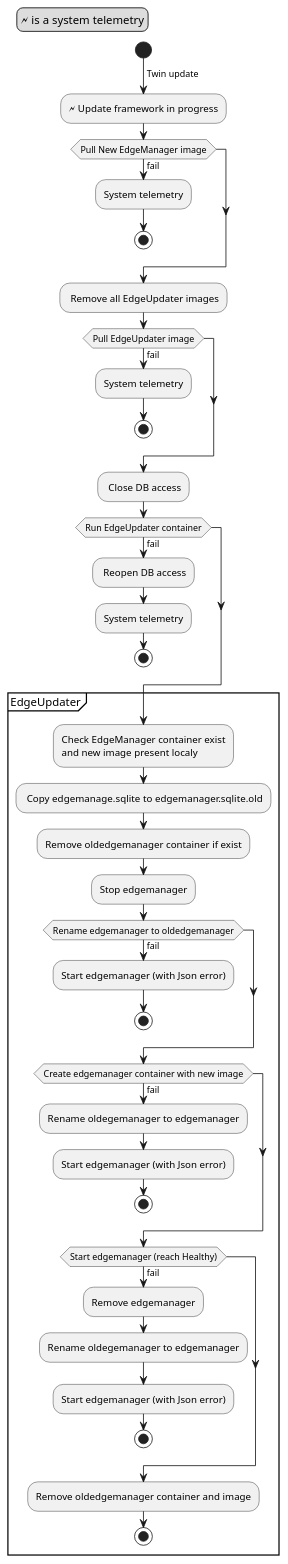
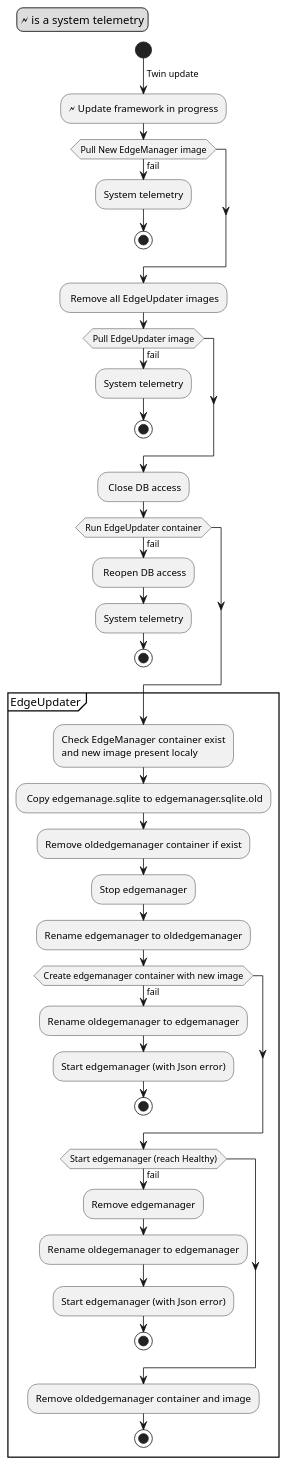
The diagram in UseCases/Update-framework/Update-framework.activity.puml (se-edge/framework-diagrams), drawn with PlantUML before and after one commit.

Commit message:
Update Update-framework.activity.puml
remove rename error

```diff
--- a/UseCases/Update-framework/Update-framework.activity.puml
+++ b/UseCases/Update-framework/Update-framework.activity.puml
@@ -1,49 +1,46 @@
 @startuml
 legend top left
 🗲 is a system telemetry
 endlegend
 
 start
 -> Twin update;
 :🗲 Update framework in progress;
 if (Pull New EdgeManager image) then (fail)
     :System telemetry;
     stop
 endif
 : Remove all EdgeUpdater images;
 if (Pull EdgeUpdater image) then (fail)
     :System telemetry;
     stop
 endif
 : Close DB access;
 if (Run EdgeUpdater container) then (fail)
     : Reopen DB access;
     :System telemetry;
     stop
 endif
 
 partition EdgeUpdater {
     :Check EdgeManager container exist
     and new image present localy;
     : Copy edgemanage.sqlite to edgemanager.sqlite.old;
     :Remove oldedgemanager container if exist;
     :Stop edgemanager;
-    if (Rename edgemanager to oldedgemanager) then (fail)
-        :Start edgemanager (with Json error);
-        stop
-    endif
+    :Rename edgemanager to oldedgemanager;
     if (Create edgemanager container with new image) then (fail)
         :Rename oldegemanager to edgemanager;
         :Start edgemanager (with Json error);
         stop
     endif
     if (Start edgemanager (reach Healthy)) then (fail)
         :Remove edgemanager;
         :Rename oldegemanager to edgemanager;
         :Start edgemanager (with Json error);
         stop
     endif
     :Remove oldedgemanager container and image;
     stop
 }
 @enduml
```
